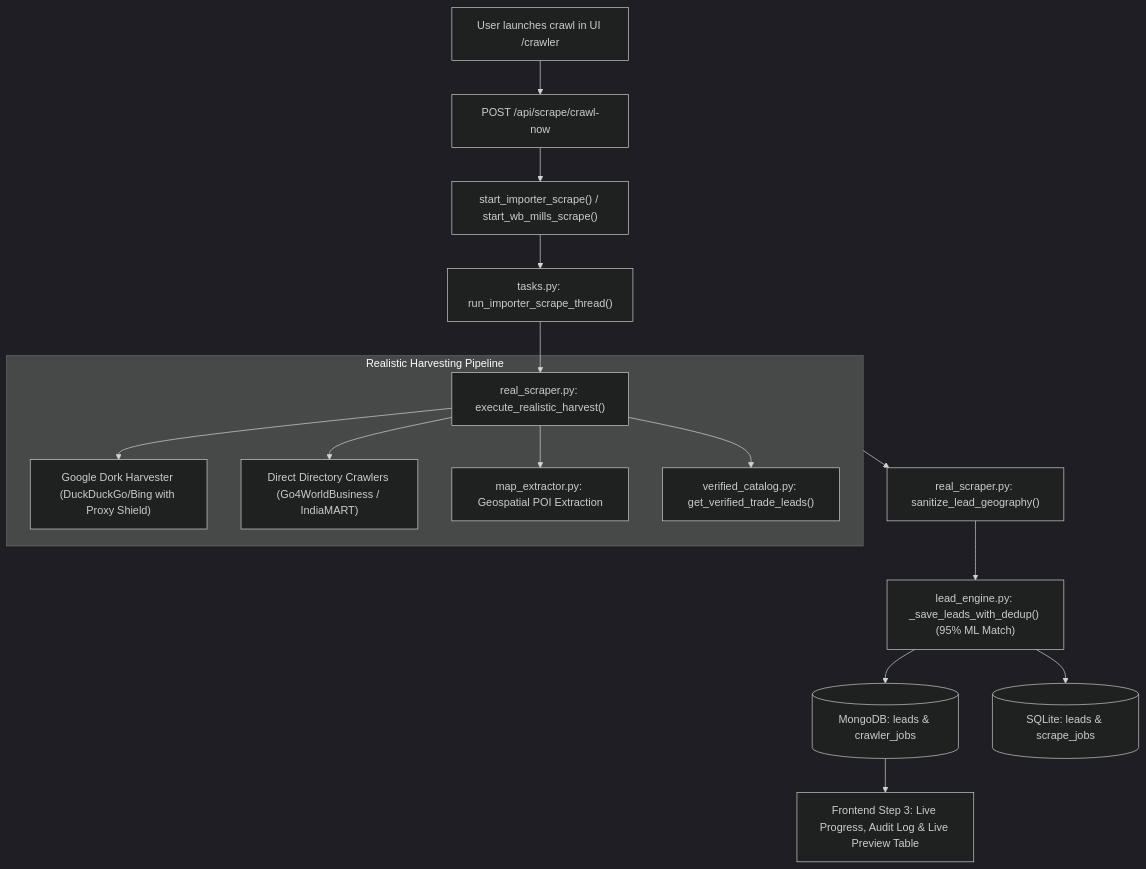
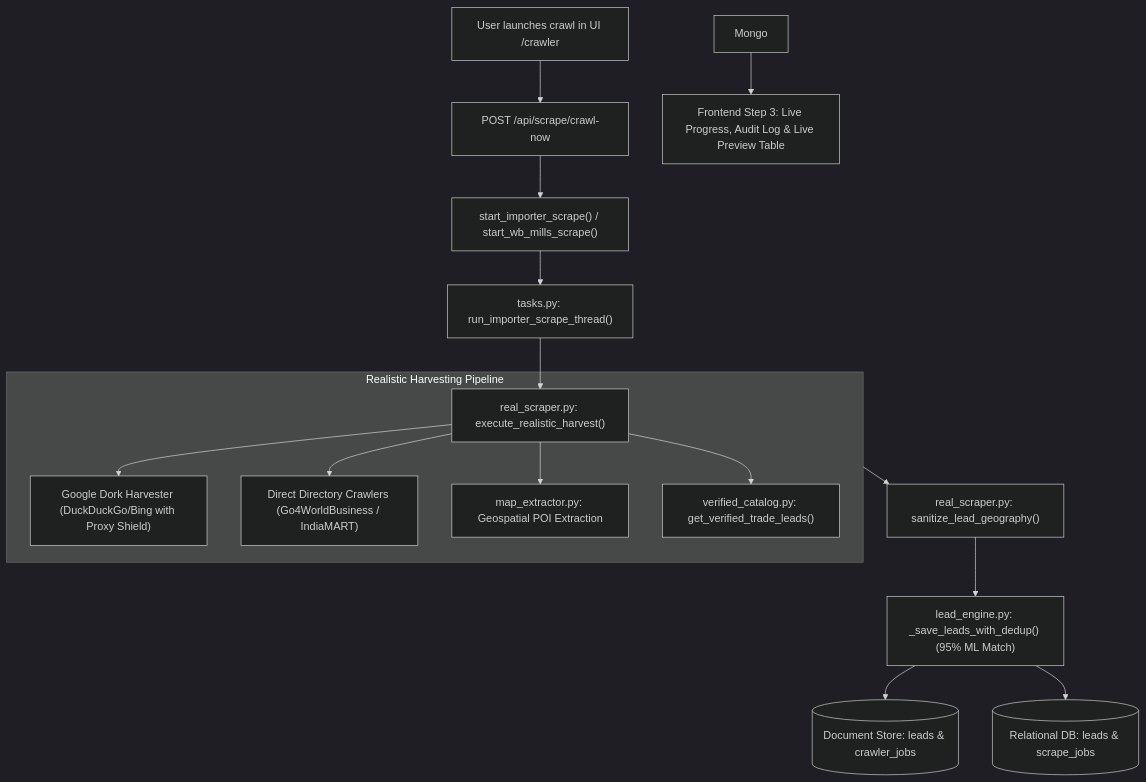
The diagram in STEERING.md (subham-panja/dipspot_ie_manager), drawn with Mermaid (dark theme) before and after one commit. The commit also changed other lines of this file and 12 other files, not shown here.

````diff
--- a/STEERING.md
+++ b/STEERING.md
@@ -125,20 +125,20 @@
 ```mermaid
 flowchart TD
     User["User launches crawl in UI /crawler"] --> API["POST /api/scrape/crawl-now"]
     API --> Dispatcher["start_importer_scrape() / start_wb_mills_scrape()"]
     Dispatcher --> Thread["tasks.py: run_importer_scrape_thread()"]
     Thread --> Scraper["real_scraper.py: execute_realistic_harvest()"]
     
     subgraph HarvestPipeline ["Realistic Harvesting Pipeline"]
         Scraper --> Dork["Google Dork Harvester (DuckDuckGo/Bing with Proxy Shield)"]
         Scraper --> B2B["Direct Directory Crawlers (Go4WorldBusiness / IndiaMART)"]
         Scraper --> Maps["map_extractor.py: Geospatial POI Extraction"]
         Scraper --> Catalog["verified_catalog.py: get_verified_trade_leads()"]
     end
     
     HarvestPipeline --> GeoSanitize["real_scraper.py: sanitize_lead_geography()"]
     GeoSanitize --> Dedup["lead_engine.py: _save_leads_with_dedup() (95% ML Match)"]
-    Dedup --> Mongo[("MongoDB: leads & crawler_jobs")]
-    Dedup --> SQLite[("SQLite: leads & scrape_jobs")]
+    Dedup --> DocStore[("Document Store: leads & crawler_jobs")]
+    Dedup --> RelDB[("Relational DB: leads & scrape_jobs")]
     Mongo --> Stream["Frontend Step 3: Live Progress, Audit Log & Live Preview Table"]
 ```
````
